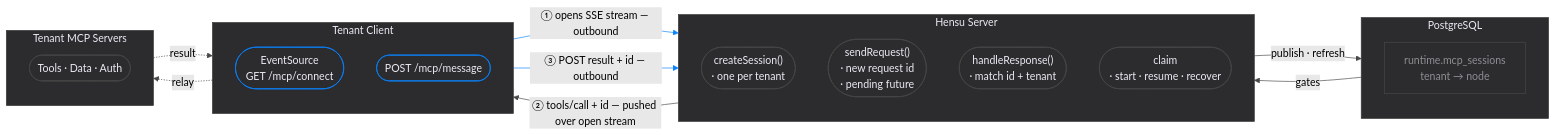
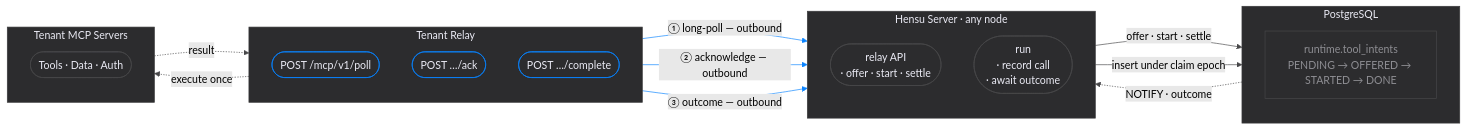
The second of 9 diagrams in docs/unified-architecture.md (hensu-project/hensu), drawn with Mermaid (forest theme) before and after one commit. The commit also changed other lines of this file and 227 other files, not shown here.

First line of the commit message:
feat(server)!: run several active nodes behind an ordinary load balancer

````diff
--- a/docs/unified-architecture.md
+++ b/docs/unified-architecture.md
@@ -129,50 +140,49 @@
 ```mermaid
 flowchart LR
-    subgraph client["Tenant Client"]
+    subgraph relay["Tenant Relay"]
         direction TB
-        es(["EventSource\nGET /mcp/connect"])
-        post(["POST /mcp/message"])
+        poll(["POST /mcp/v1/poll"])
+        ack(["POST …/ack"])
+        complete(["POST …/complete"])
     end
 
-    subgraph server["Hensu Server"]
+    subgraph server["Hensu Server · any node"]
         direction TB
-        register(["createSession()\n· one per tenant"])
-        send(["sendRequest()\n· new request id\n· pending future"])
-        handle(["handleResponse()\n· match id + tenant"])
-        claim(["claim\n· start · resume · recover"])
+        api(["relay API\n· offer · start · settle"])
+        run(["run\n· record call\n· await outcome"])
     end
 
     subgraph db["PostgreSQL"]
         direction TB
-        sessions["runtime.mcp_sessions\ntenant → node"]
+        intents["runtime.tool_intents\nPENDING → OFFERED → STARTED → DONE"]
     end
 
     subgraph backends["Tenant MCP Servers"]
         direction TB
         tools(["Tools · Data · Auth"])
     end
 
-    es -->|"① opens SSE stream — outbound"| register
-    send -->|"② tools/call + id — pushed over open stream"| es
-    post -->|"③ POST result + id — outbound"| handle
-    es -.->|"relay"| tools
-    tools -.->|"result"| post
-    register -->|"publish · refresh"| sessions
-    sessions -->|"gates"| claim
+    poll -->|"① long-poll — outbound"| api
+    ack -->|"② acknowledge — outbound"| api
+    complete -->|"③ outcome — outbound"| api
+    api -->|"offer · start · settle"| intents
+    run -->|"insert under claim epoch"| intents
+    intents -.->|"NOTIFY · outcome"| run
+    ack -.->|"execute once"| tools
+    tools -.->|"result"| complete
 
-    style client fill:#2c2c2e, stroke:#3a3a3c, color:#ebebf5, stroke-width:1px
+    style relay fill:#2c2c2e, stroke:#3a3a3c, color:#ebebf5, stroke-width:1px
     style server fill:#2c2c2e, stroke:#3a3a3c, color:#ebebf5, stroke-width:1px
     style db fill:#2c2c2e, stroke:#3a3a3c, color:#ebebf5, stroke-width:1px
     style backends fill:#2c2c2e, stroke:#3a3a3c, color:#ebebf5, stroke-width:1px
-    style es fill:#2c2c2e, stroke:#0A84FF, color:#ebebf5, stroke-width:1px
-    style post fill:#2c2c2e, stroke:#0A84FF, color:#ebebf5, stroke-width:1px
-    style register fill:#2c2c2e, stroke:#48484a, color:#ebebf5, stroke-width:1px
-    style send fill:#2c2c2e, stroke:#48484a, color:#ebebf5, stroke-width:1px
-    style handle fill:#2c2c2e, stroke:#48484a, color:#ebebf5, stroke-width:1px
-    style claim fill:#2c2c2e, stroke:#48484a, color:#ebebf5, stroke-width:1px
-    style sessions fill:#2c2c2e, stroke:#48484a, color:#8e8e93, stroke-width:1px
+    style poll fill:#2c2c2e, stroke:#0A84FF, color:#ebebf5, stroke-width:1px
+    style ack fill:#2c2c2e, stroke:#0A84FF, color:#ebebf5, stroke-width:1px
+    style complete fill:#2c2c2e, stroke:#0A84FF, color:#ebebf5, stroke-width:1px
+    style api fill:#2c2c2e, stroke:#48484a, color:#ebebf5, stroke-width:1px
+    style run fill:#2c2c2e, stroke:#48484a, color:#ebebf5, stroke-width:1px
+    style intents fill:#2c2c2e, stroke:#48484a, color:#8e8e93, stroke-width:1px
     style tools fill:#2c2c2e, stroke:#48484a, color:#ebebf5, stroke-width:1px
 
-    linkStyle 0,2 stroke:#0A84FF, stroke-width:1px
-    linkStyle 1,3,4,5,6 stroke:#48484a, stroke-width:1px
+    linkStyle 0,1,2 stroke:#0A84FF, stroke-width:1px
+    linkStyle 3,4,5,6,7 stroke:#48484a, stroke-width:1px
 ```
````
